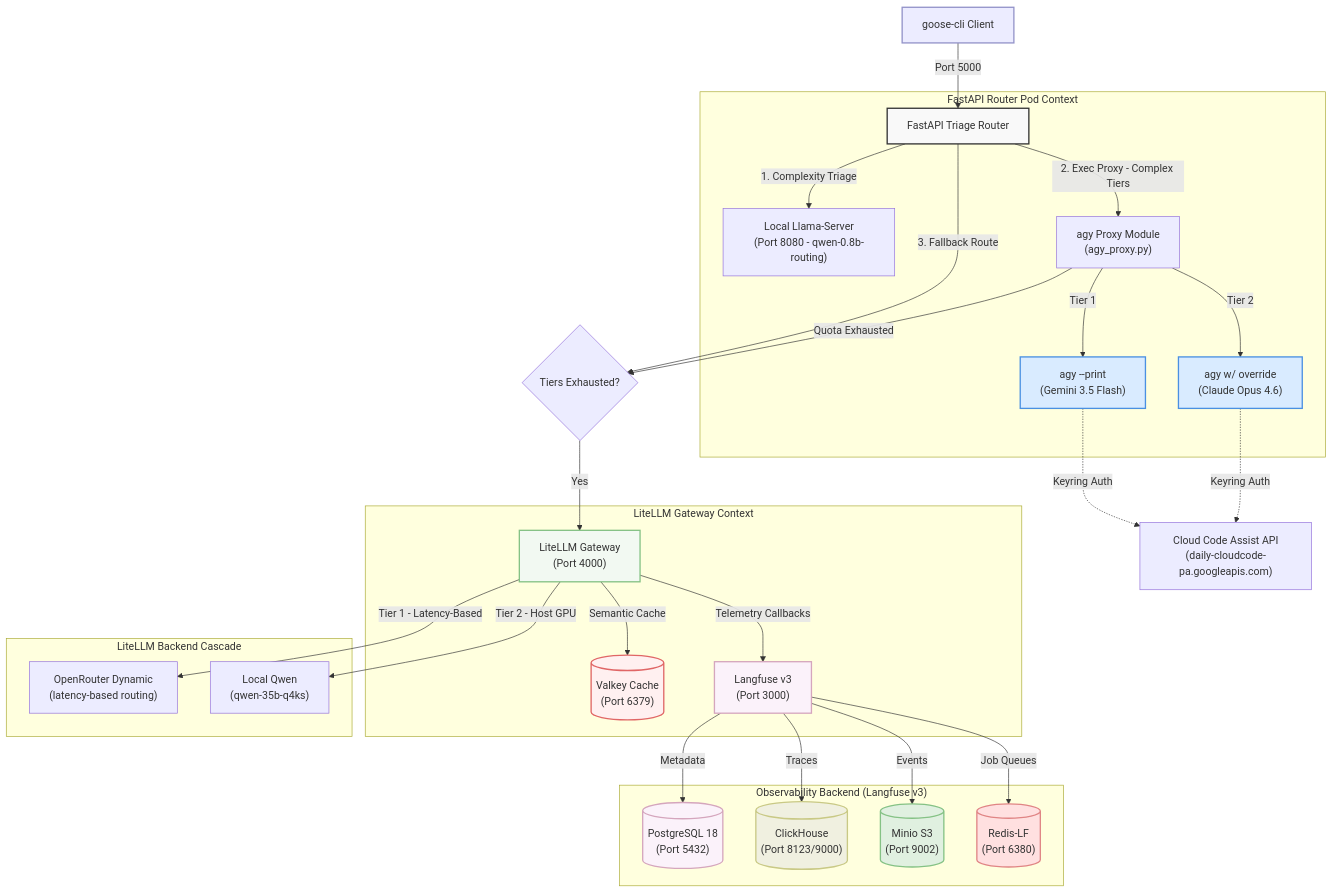
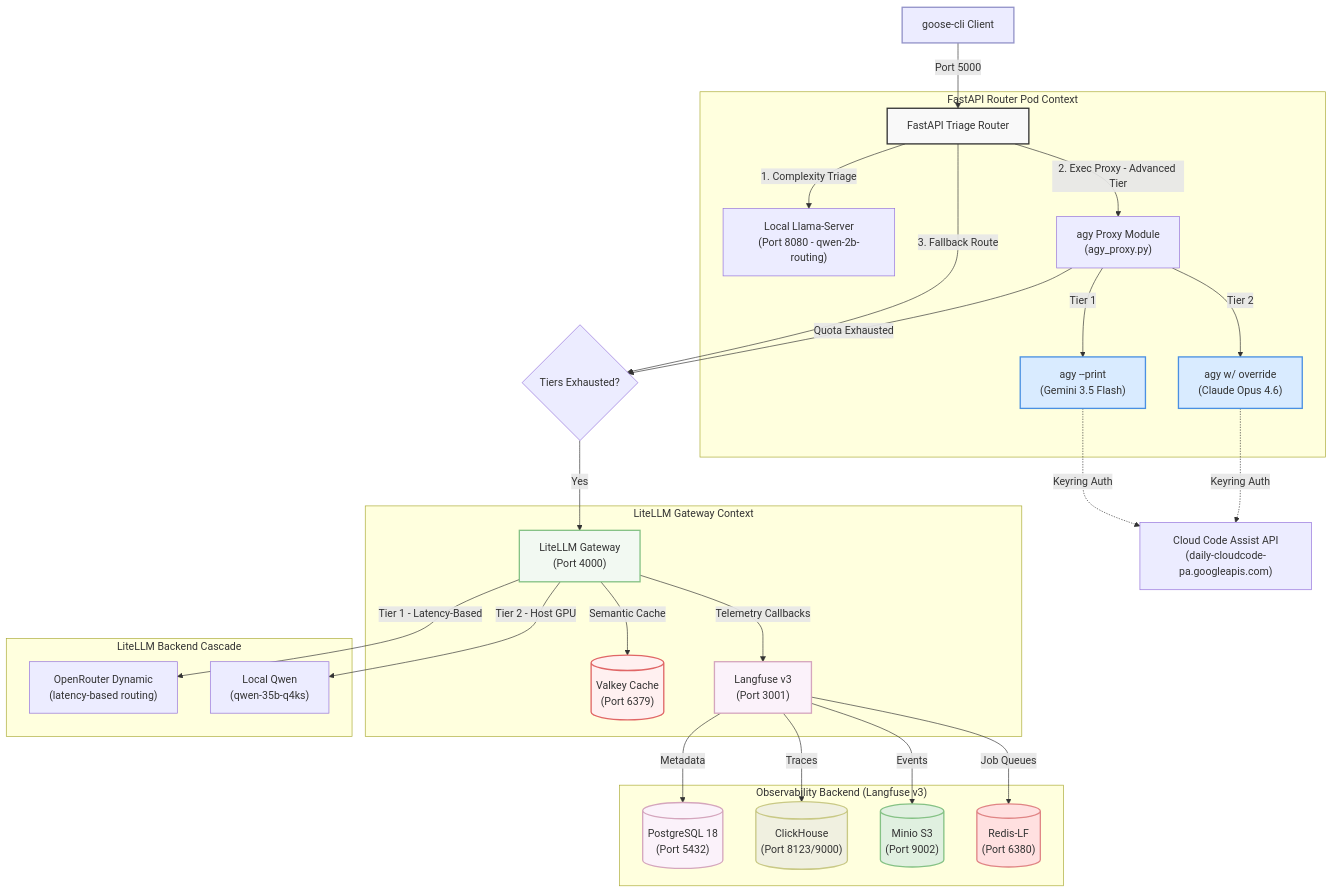
Before and after one commit to sheepdestroyer/LLM-Routing: the first of 2 diagrams in README.md, drawn with Mermaid. The commit also changed other lines of this file and 1 other file, not shown here.

Commit message:
docs: update README + config.yaml — agy now triggers on agent-advanced-core, 5-tier classifier, qwen-2b-routing, port 3001

````diff
--- a/README.md
+++ b/README.md
@@ -15,48 +15,48 @@
 ```mermaid
 graph TD
     Client["goose-cli Client"] -->|Port 5000| Router["FastAPI Triage Router"]
     
     subgraph FastAPIRouter ["FastAPI Router Pod Context"]
-        Router -->|1. Complexity Triage| LlamaServer["Local Llama-Server\n(Port 8080 - qwen-0.8b-routing)"]
-        Router -->|"2. Exec Proxy - Complex Tiers"| AgyProxy["agy Proxy Module\n(agy_proxy.py)"]
+        Router -->|1. Complexity Triage| LlamaServer["Local Llama-Server\n(Port 8080 - qwen-2b-routing)"]
+        Router -->|"2. Exec Proxy - Advanced Tier"| AgyProxy["agy Proxy Module\n(agy_proxy.py)"]
         
         AgyProxy -->|Tier 1| AgyGemini["agy --print\n(Gemini 3.5 Flash)"]
         AgyProxy -->|Tier 2| AgyOpus["agy w/ override\n(Claude Opus 4.6)"]
     end
 
     AgyGemini -.->|Keyring Auth| Google["Cloud Code Assist API\n(daily-cloudcode-pa.googleapis.com)"]
     AgyOpus -.->|Keyring Auth| Google
 
     Router -->|3. Fallback Route| RouteSelector{"Tiers Exhausted?"}
     RouteSelector -->|Yes| LiteLLM["LiteLLM Gateway\n(Port 4000)"]
     AgyProxy -->|Quota Exhausted| RouteSelector
 
     subgraph LiteLLMGateway ["LiteLLM Gateway Context"]
         LiteLLM -->|Semantic Cache| Valkey[("Valkey Cache\n(Port 6379)")]
-        LiteLLM -->|Telemetry Callbacks| Langfuse["Langfuse v3\n(Port 3000)"]
+        LiteLLM -->|Telemetry Callbacks| Langfuse["Langfuse v3\n(Port 3001)"]
     end
 
     subgraph BackendRoutingCascade ["LiteLLM Backend Cascade"]
         LiteLLM -->|Tier 1 - Latency-Based| OpenRouter["OpenRouter Dynamic\n(latency-based routing)"]
         LiteLLM -->|Tier 2 - Host GPU| QwenLocal["Local Qwen\n(qwen-35b-q4ks)"]
     end
 
     subgraph Observability ["Observability Backend (Langfuse v3)"]
         Langfuse -->|Metadata| Postgres[("PostgreSQL 18\n(Port 5432)")]
         Langfuse -->|Traces| ClickHouse[("ClickHouse\n(Port 8123/9000)")]
         Langfuse -->|Events| Minio[("Minio S3\n(Port 9002)")]
         Langfuse -->|Job Queues| RedisLF[("Redis-LF\n(Port 6380)")]
     end
     
     style Client fill:#ececff,stroke:#9393c9,stroke-width:2px;
     style Router fill:#f9f9f9,stroke:#333,stroke-width:2px;
     style AgyGemini fill:#d9ebff,stroke:#4a90e2,stroke-width:2px;
     style AgyOpus fill:#d9ebff,stroke:#4a90e2,stroke-width:2px;
     style LiteLLM fill:#f2f9f2,stroke:#85c285,stroke-width:2px;
     style Valkey fill:#fff0f0,stroke:#e06666,stroke-width:2px;
     style Langfuse fill:#fbf2fa,stroke:#d5a6bd,stroke-width:2px;
     style Postgres fill:#fbf2fa,stroke:#d5a6bd,stroke-width:2px;
     style ClickHouse fill:#f0f0e0,stroke:#c9c985,stroke-width:2px;
     style Minio fill:#e0f0e0,stroke:#85c285,stroke-width:2px;
     style RedisLF fill:#ffe0e0,stroke:#e08585,stroke-width:2px;
 ```
````
